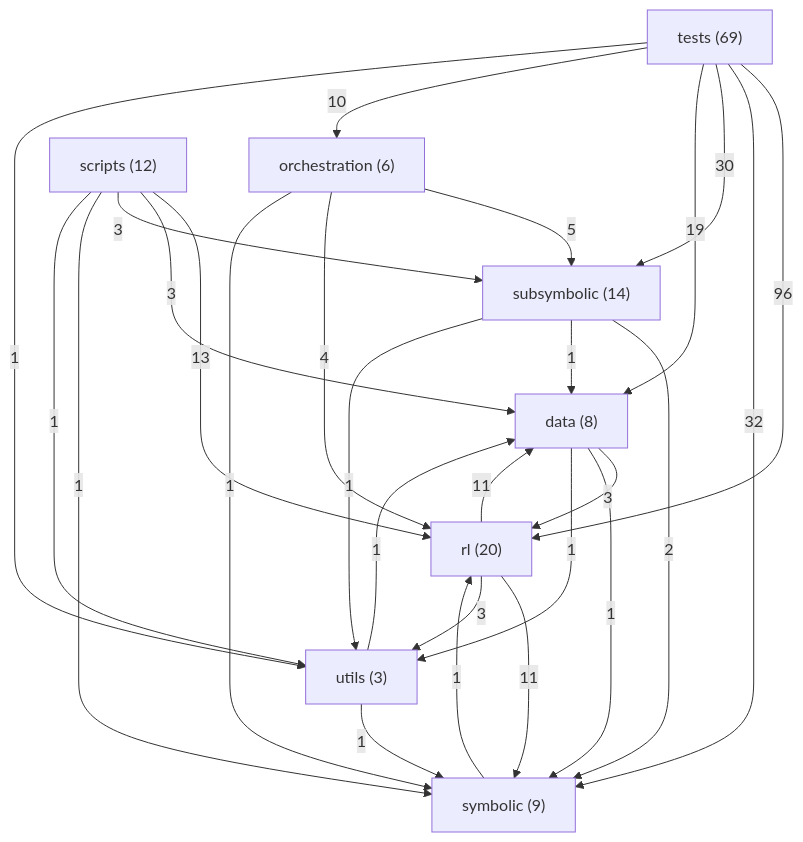
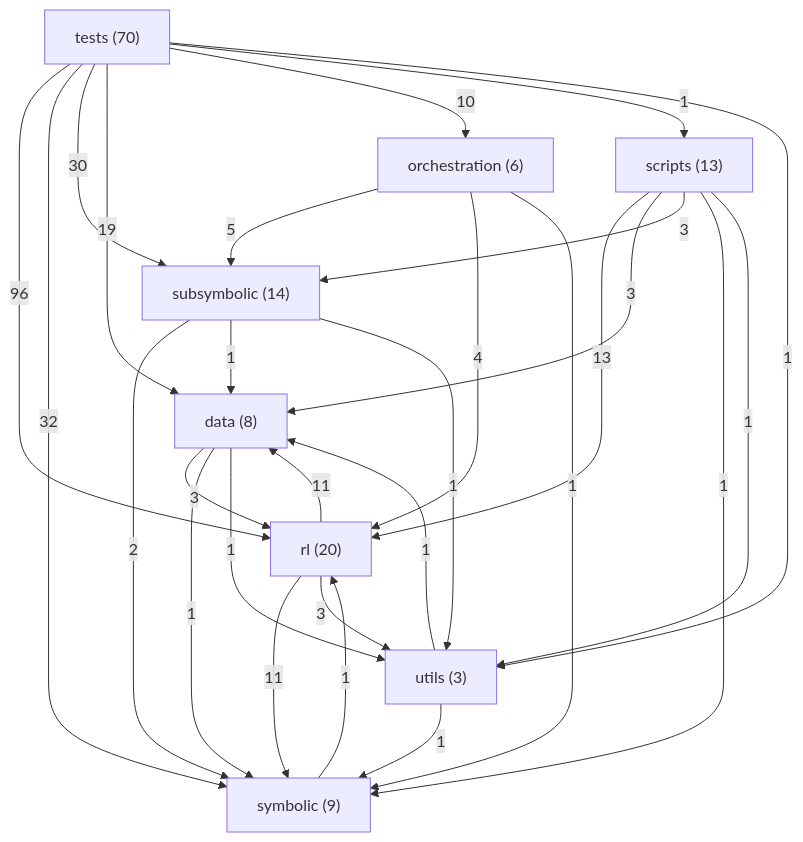
The diagram in ARCHITECTURE.md (danrd/ARC-AGI), drawn with Mermaid before and after one commit. The commit also changed other lines of this file and 3 other files, not shown here.

````diff
--- a/ARCHITECTURE.md
+++ b/ARCHITECTURE.md
@@ -173,37 +173,38 @@
 ```mermaid
 graph TD
   data["data (8)"]
   orchestration["orchestration (6)"]
   rl["rl (20)"]
-  scripts["scripts (12)"]
+  scripts["scripts (13)"]
   subsymbolic["subsymbolic (14)"]
   symbolic["symbolic (9)"]
-  tests["tests (69)"]
+  tests["tests (70)"]
   utils["utils (3)"]
   tests -->|96| rl
   tests -->|32| symbolic
   tests -->|30| subsymbolic
   tests -->|19| data
   scripts -->|13| rl
   rl -->|11| data
   rl -->|11| symbolic
   tests -->|10| orchestration
   orchestration -->|5| subsymbolic
   orchestration -->|4| rl
   data -->|3| rl
   rl -->|3| utils
   scripts -->|3| data
   scripts -->|3| subsymbolic
   subsymbolic -->|2| symbolic
   data -->|1| symbolic
   data -->|1| utils
   orchestration -->|1| symbolic
   scripts -->|1| symbolic
   scripts -->|1| utils
   subsymbolic -->|1| data
   subsymbolic -->|1| utils
   symbolic -->|1| rl
+  tests -->|1| scripts
   tests -->|1| utils
   utils -->|1| data
   utils -->|1| symbolic
 ```
````
